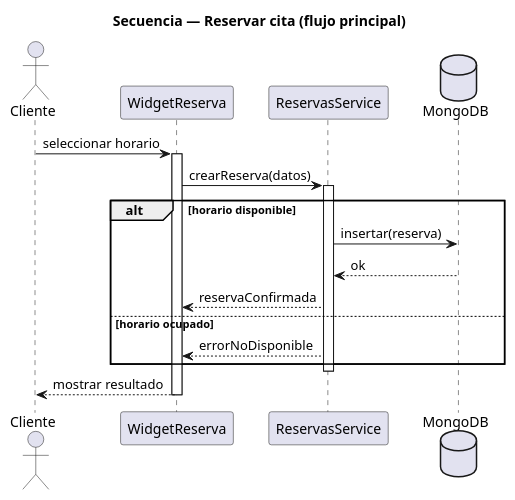
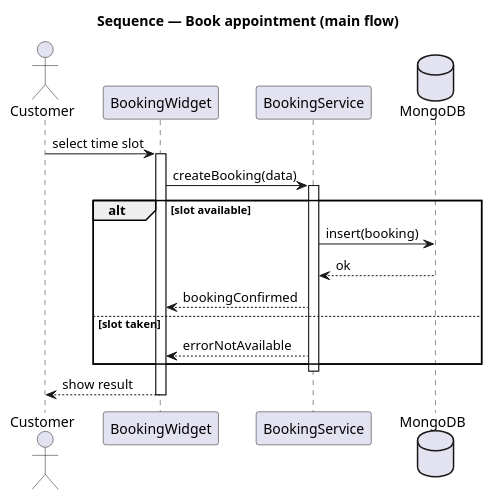
The fourth of 9 diagrams in .claude/rules/plantuml-syntax.md (jose-korvusinc/finalproject-lidr-i4devs), drawn with PlantUML before and after one commit. The commit also changed other lines of this file and 25 other files, not shown here.

Commit message:
Translate names and add analysis class diagram

````diff
--- a/.claude/rules/plantuml-syntax.md
+++ b/.claude/rules/plantuml-syntax.md
@@ -115,24 +115,24 @@
 ```plantuml
 @startuml
-title Secuencia — Reservar cita (flujo principal)
-actor Cliente
-participant "WidgetReserva" as UI
-participant "ReservasService" as Svc
+title Sequence — Book appointment (main flow)
+actor Customer
+participant "BookingWidget" as UI
+participant "BookingService" as Svc
 database "MongoDB" as DB
 
-Cliente -> UI : seleccionar horario
+Customer -> UI : select time slot
 activate UI
-UI -> Svc : crearReserva(datos)
+UI -> Svc : createBooking(data)
 activate Svc
-alt horario disponible
-  Svc -> DB : insertar(reserva)
+alt slot available
+  Svc -> DB : insert(booking)
   DB --> Svc : ok
-  Svc --> UI : reservaConfirmada
-else horario ocupado
-  Svc --> UI : errorNoDisponible
+  Svc --> UI : bookingConfirmed
+else slot taken
+  Svc --> UI : errorNotAvailable
 end
 deactivate Svc
-UI --> Cliente : mostrar resultado
+UI --> Customer : show result
 deactivate UI
 @enduml
 ```
````
